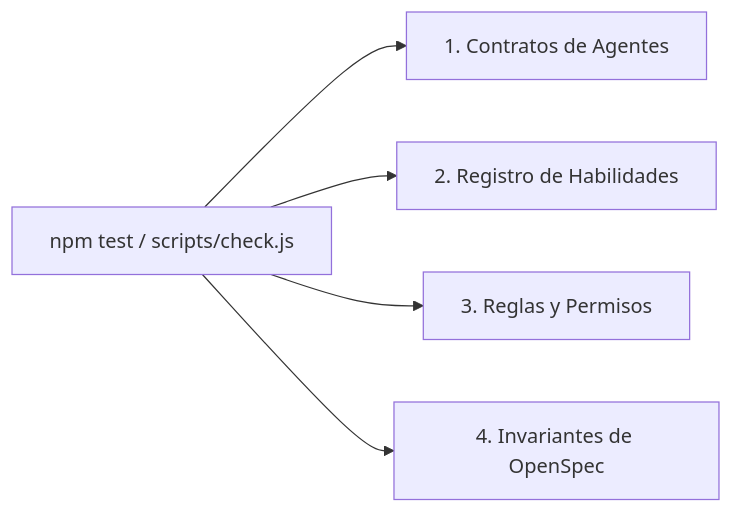
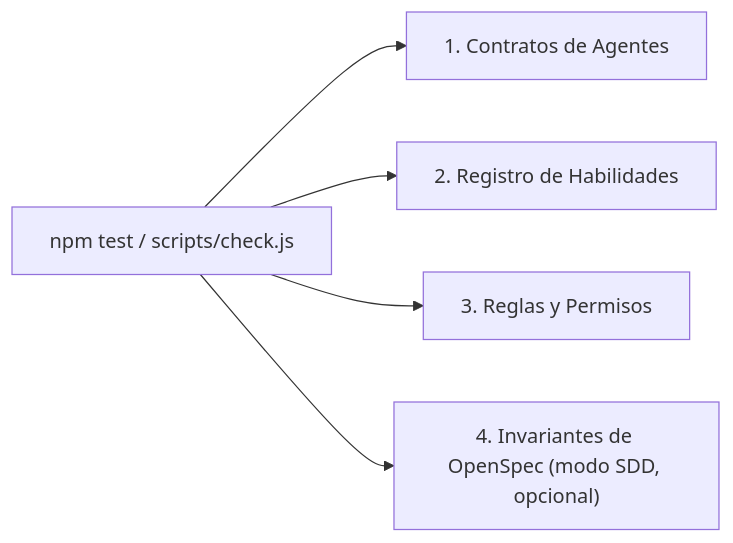
The diagram in openwiki/contract-lint/validation-rules.md (Snakeblack/ospec-workflow), drawn with Mermaid before and after one commit. The commit also changed other lines of this file and 27 other files, not shown here.

First line of the commit message:
docs: presentar IDD como flujo principal y separar el modo SDD

````diff
--- a/openwiki/contract-lint/validation-rules.md
+++ b/openwiki/contract-lint/validation-rules.md
@@ -9,7 +9,7 @@
 ```mermaid
 flowchart LR
     A["npm test / scripts/check.js"] --> B["1. Contratos de Agentes"]
     A --> C["2. Registro de Habilidades"]
     A --> D["3. Reglas y Permisos"]
-    A --> E["4. Invariantes de OpenSpec"]
+    A --> E["4. Invariantes de OpenSpec (modo SDD, opcional)"]
 ```
````
